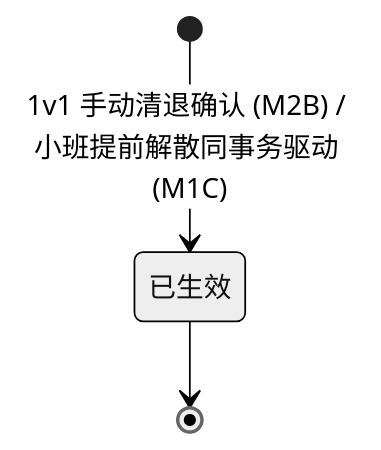
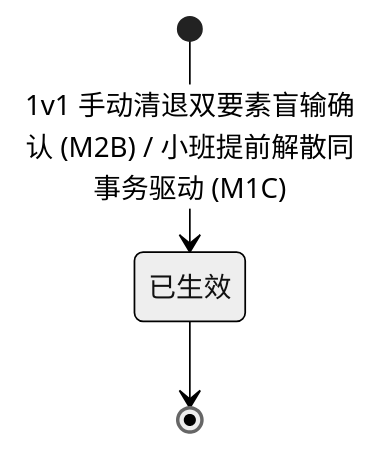
Diagram 12 of 20 in docs/ENTITY_STATE_MACHINES.md (Onezao/dream), drawn with Mermaid (neutral theme) before and after one commit. The commit also changed other lines of this file and 34 other files, not shown here.

````diff
--- a/docs/ENTITY_STATE_MACHINES.md
+++ b/docs/ENTITY_STATE_MACHINES.md
@@ -222,5 +327,5 @@
 ```mermaid
 stateDiagram-v2
-    [*] --> 已生效: 1v1 手动清退确认 (M2B) / 小班提前解散同事务驱动 (M1C)
+    [*] --> 已生效: 1v1 手动清退双要素盲输确认 (M2B) / 小班提前解散同事务驱动 (M1C)
     已生效 --> [*]
 ```
````
